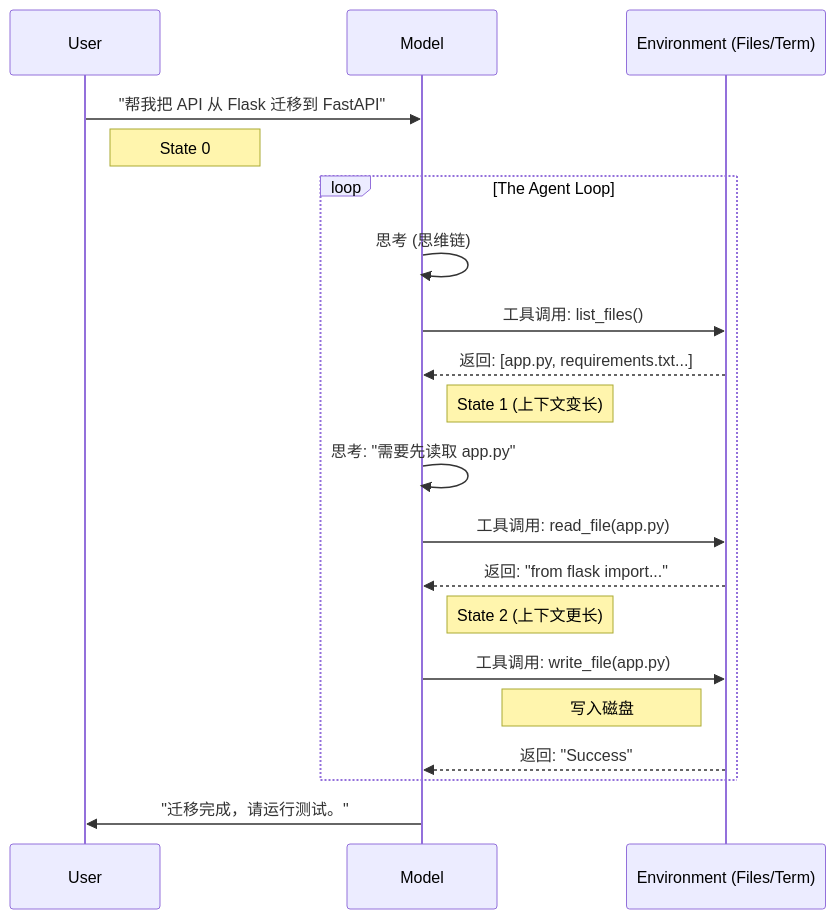
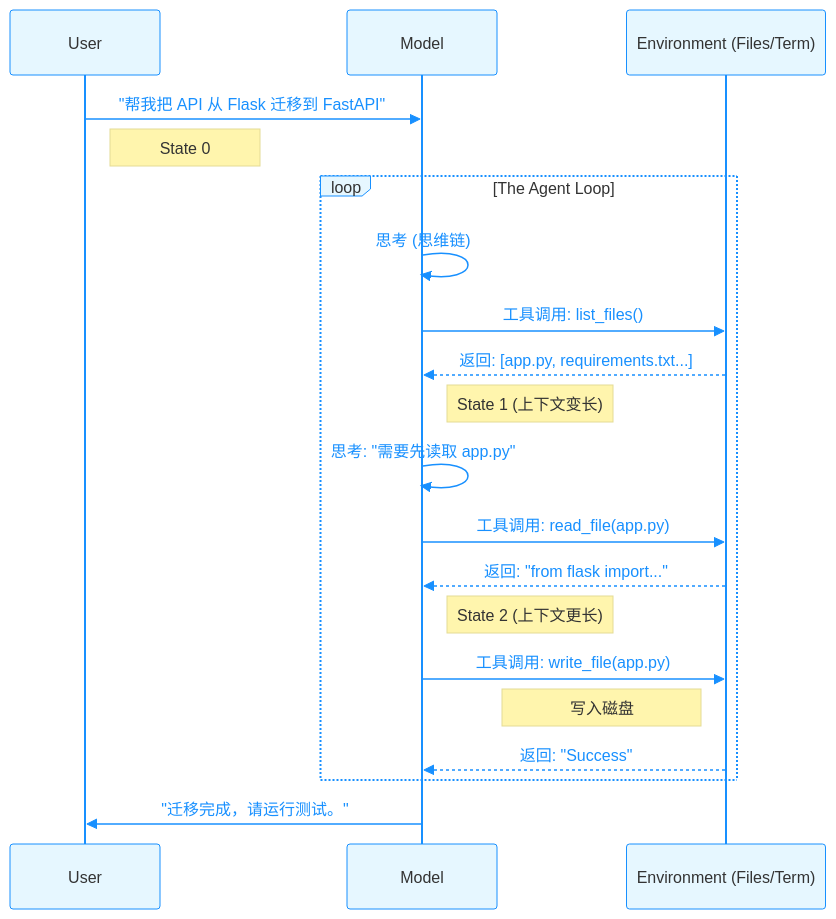
One commit to yeasy/agentic_ai_guide changed the first of 7 diagrams in 10_agentic_coding/10.2_loop.md. Above: the diagram before and after it, drawn with Mermaid. The commit also changed other lines of this file and 36 other files, not shown here.

````diff
--- a/10_agentic_coding/10.2_loop.md
+++ b/10_agentic_coding/10.2_loop.md
@@ -9,27 +9,28 @@
 ```mermaid
+%%{init: {'theme': 'base', 'themeVariables': { 'primaryColor': '#e6f7ff', 'actorBorder': '#1890ff', 'actorBkg': '#e6f7ff', 'signalColor': '#1890ff', 'signalTextColor': '#1890ff'}}}%%
 sequenceDiagram
     participant U as User
     participant M as Model
     participant E as Environment (Files/Term)
     
     U->>M: "帮我把 API 从 Flask 迁移到 FastAPI"
     note right of U: State 0
     
     loop The Agent Loop
         M->>M: 思考 (思维链)
         M->>E: 工具调用: list_files()
         E-->>M: 返回: [app.py, requirements.txt...]
         note right of M: State 1 (上下文变长)
         
         M->>M: 思考: "需要先读取 app.py"
         M->>E: 工具调用: read_file(app.py)
         E-->>M: 返回: "from flask import..."
         note right of M: State 2 (上下文更长)
         
         M->>E: 工具调用: write_file(app.py)
         note left of E: 写入磁盘
         E-->>M: 返回: "Success"
     end
     
     M->>U: "迁移完成，请运行测试。"
 ```
````
